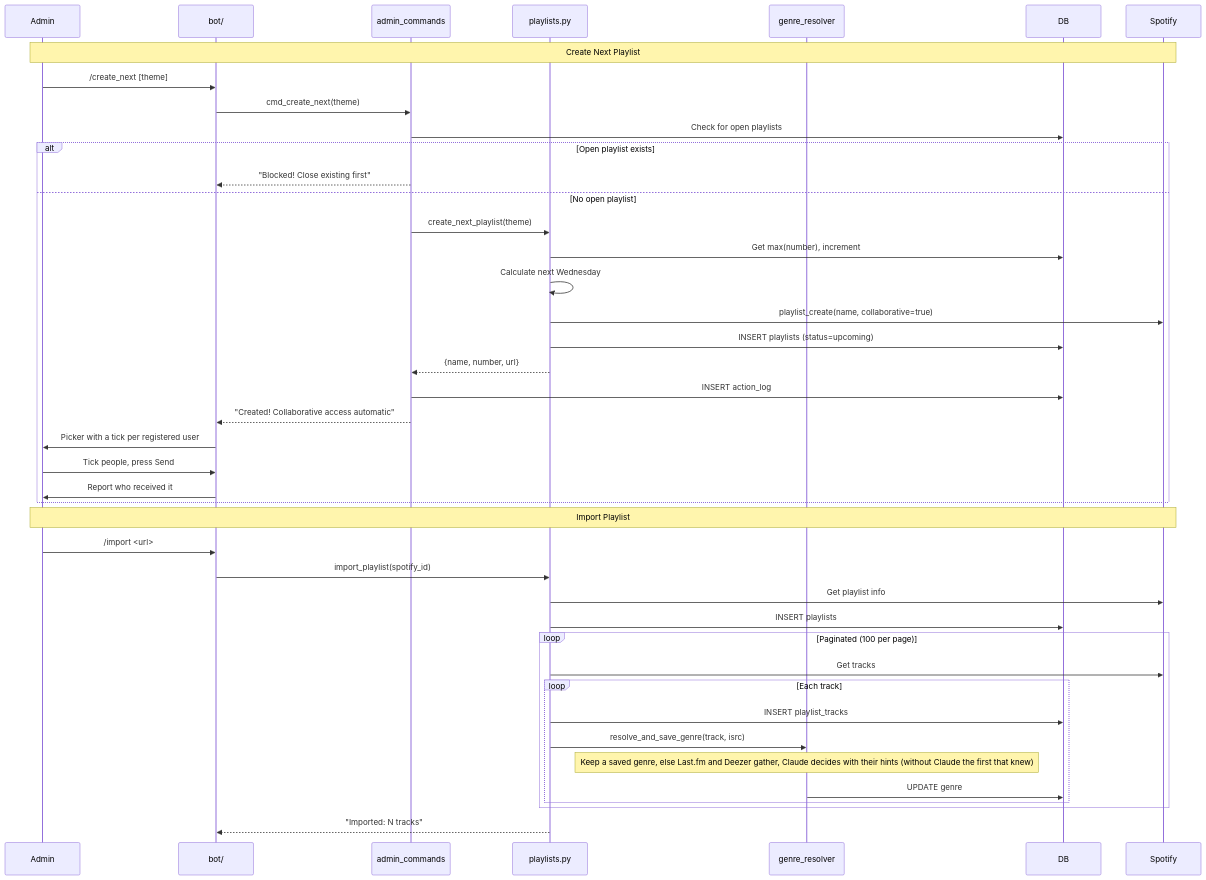
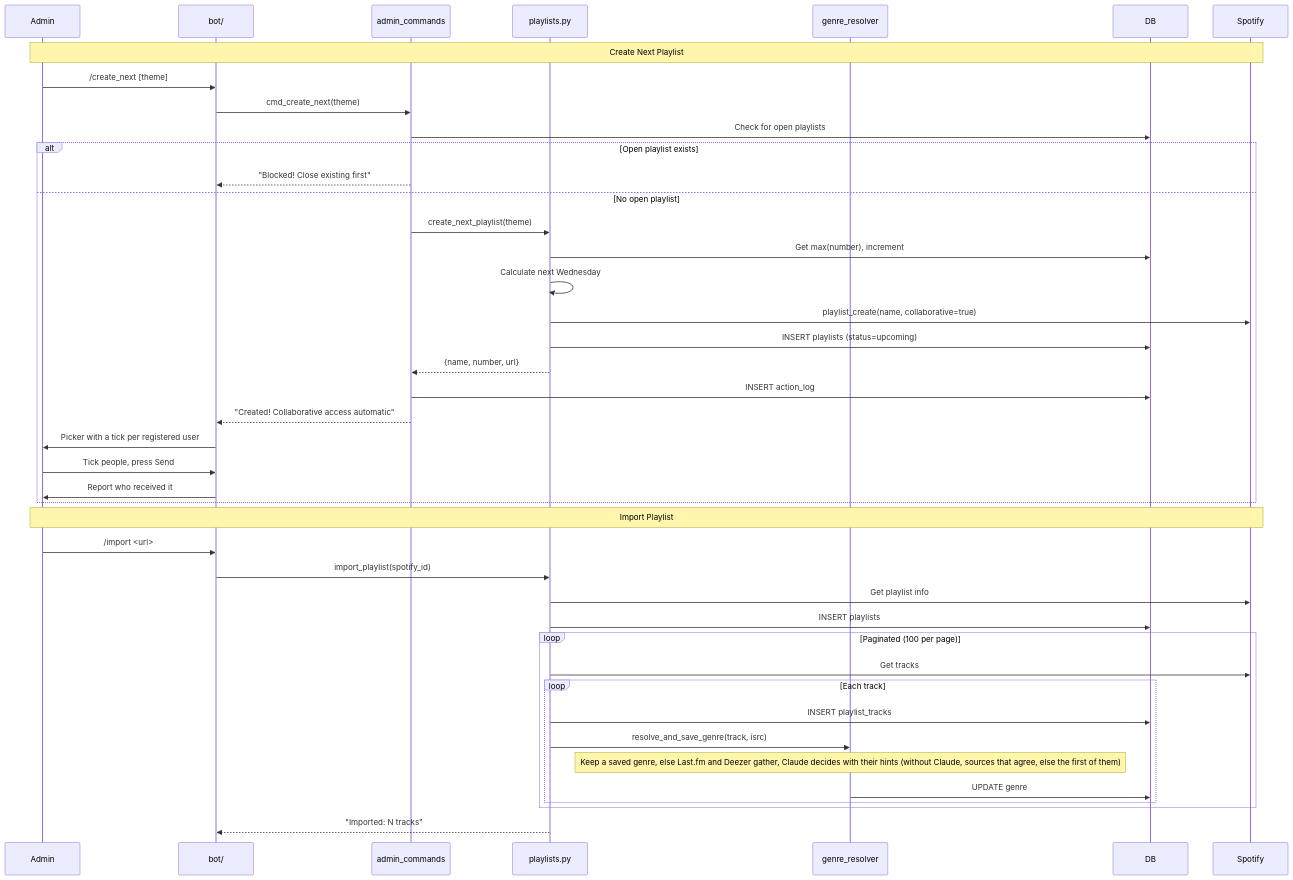
One commit to ndomanovskiy/maspotifybot changed the fifth of 8 diagrams in docs/architecture/03-flows.md. Above: the diagram before and after it, drawn with Mermaid. The commit also changed other lines of this file and 12 other files, not shown here.

First line of the commit message:
feat: ask about the genre only when Last.fm and Deezer disagree

````diff
--- a/docs/architecture/03-flows.md
+++ b/docs/architecture/03-flows.md
@@ -232,47 +235,47 @@
 ```mermaid
 sequenceDiagram
     participant Admin
     participant Bot as bot/
     participant AC as admin_commands
     participant PL as playlists.py
     participant GR as genre_resolver
     participant DB
     participant Spotify
 
     Note over Admin,Spotify: Create Next Playlist
     Admin->>Bot: /create_next [theme]
     Bot->>AC: cmd_create_next(theme)
     AC->>DB: Check for open playlists
     alt Open playlist exists
         AC-->>Bot: "Blocked! Close existing first"
     else No open playlist
         AC->>PL: create_next_playlist(theme)
         PL->>DB: Get max(number), increment
         PL->>PL: Calculate next Wednesday
         PL->>Spotify: playlist_create(name, collaborative=true)
         PL->>DB: INSERT playlists (status=upcoming)
         PL-->>AC: {name, number, url}
         AC->>DB: INSERT action_log
         AC-->>Bot: "Created! Collaborative access automatic"
         Bot->>Admin: Picker with a tick per registered user
         Admin->>Bot: Tick people, press Send
         Bot->>Admin: Report who received it
     end
 
     Note over Admin,Spotify: Import Playlist
     Admin->>Bot: /import <url>
     Bot->>PL: import_playlist(spotify_id)
     PL->>Spotify: Get playlist info
     PL->>DB: INSERT playlists
 
     loop Paginated (100 per page)
         PL->>Spotify: Get tracks
         loop Each track
             PL->>DB: INSERT playlist_tracks
             PL->>GR: resolve_and_save_genre(track, isrc)
-            Note over GR: Keep a saved genre, else Last.fm and Deezer gather, Claude decides with their hints (without Claude the first that knew)
+            Note over GR: Keep a saved genre, else Last.fm and Deezer gather, Claude decides with their hints (without Claude, sources that agree, else the first of them)
             GR->>DB: UPDATE genre
         end
     end
     PL-->>Bot: "Imported: N tracks"
 ```
````
